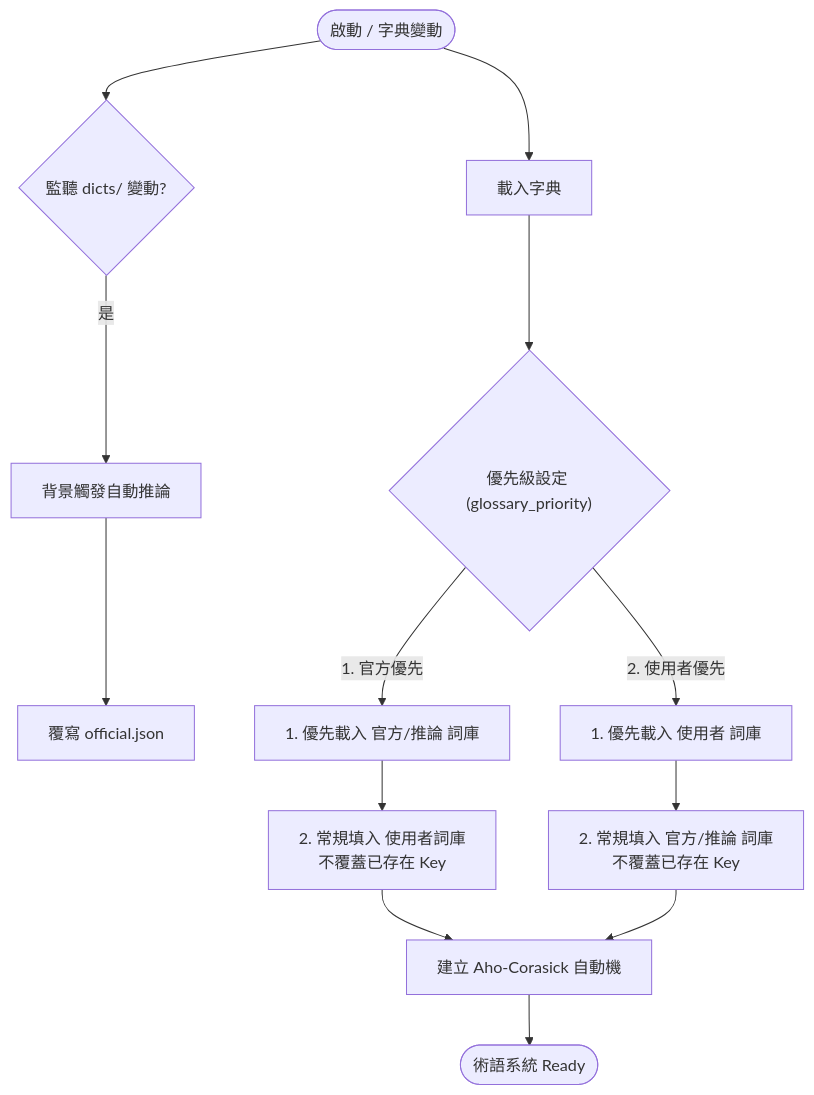
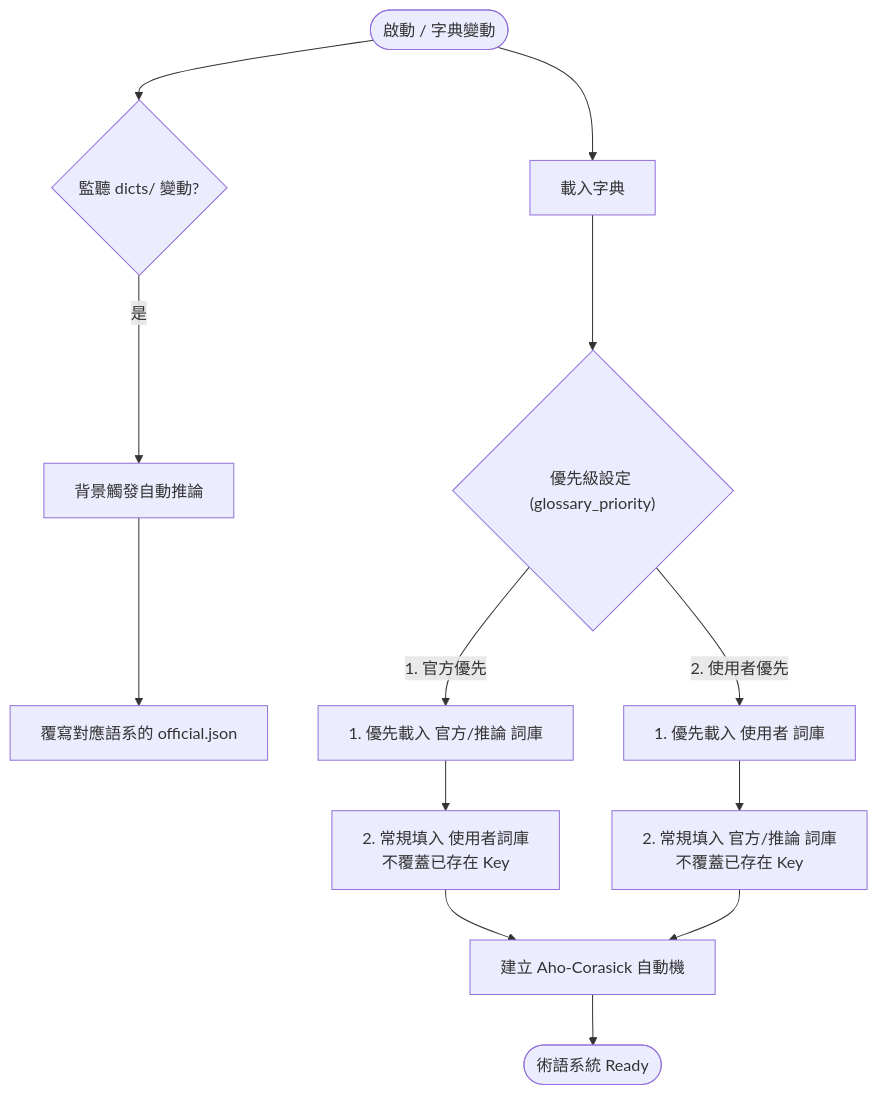
The first of 2 diagrams in docs/modules/glossary_system.md (mn12345678910/mc_translator), drawn with Mermaid before and after one commit. The commit also changed other lines of this file and 3 other files, not shown here.

````diff
--- a/docs/modules/glossary_system.md
+++ b/docs/modules/glossary_system.md
@@ -36,16 +36,16 @@
 ```mermaid
 graph TD
     Start([啟動 / 字典變動]) --> CheckMonitor{"監聽 dicts/ 變動?"}
-    CheckMonitor -- 是 --> ReInference[背景觸發自動推論] --> SaveOfficial[覆寫 official.json]
+    CheckMonitor -- 是 --> ReInference[背景觸發自動推論] --> SaveOfficial[覆寫對應語系的 official.json]
     
     Start --> Load[載入字典]
     Load --> CheckPriority{"優先級設定 (glossary_priority)"}
     
     CheckPriority -- 1. 官方優先 --> OfficialFirst["1. 優先載入 官方/推論 詞庫"] --> FillUser["2. 常規填入 使用者詞庫<br/>不覆蓋已存在 Key"]
     CheckPriority -- 2. 使用者優先 --> UserFirst["1. 優先載入 使用者 詞庫"] --> FillOfficial["2. 常規填入 官方/推論 詞庫<br/>不覆蓋已存在 Key"]
     
     FillUser --> BuildAho[建立 Aho-Corasick 自動機]
     FillOfficial --> BuildAho
     
     BuildAho --> End([術語系統 Ready])
 ```
````
